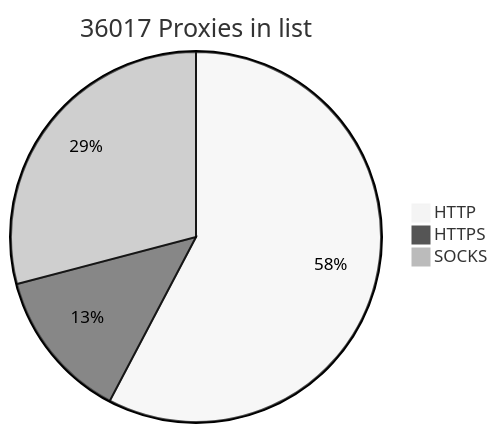
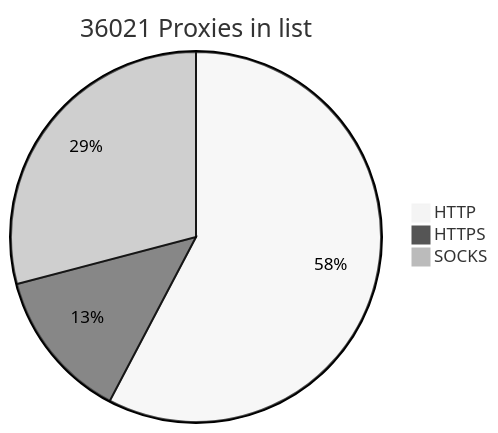
One commit to BlackSnowDot/proxylist-update-every-minute changed the diagram in README.md. Above: the diagram before and after it, drawn with Mermaid (neutral theme). The commit also changed other lines of this file, not shown here.

````diff
--- a/README.md
+++ b/README.md
@@ -2,6 +2,6 @@
 ```mermaid
-pie title 36017 Proxies in list
-    "HTTP" : 23089
-    "HTTPS": 5280
+pie title 36021 Proxies in list
+    "HTTP" : 23091
+    "HTTPS": 5282
     "SOCKS" : 11639
 ```
````
